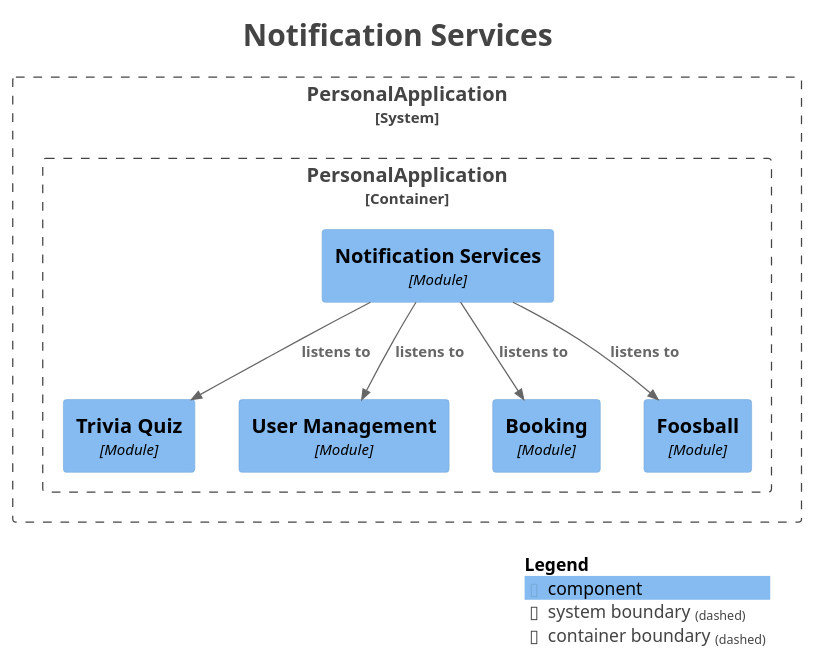
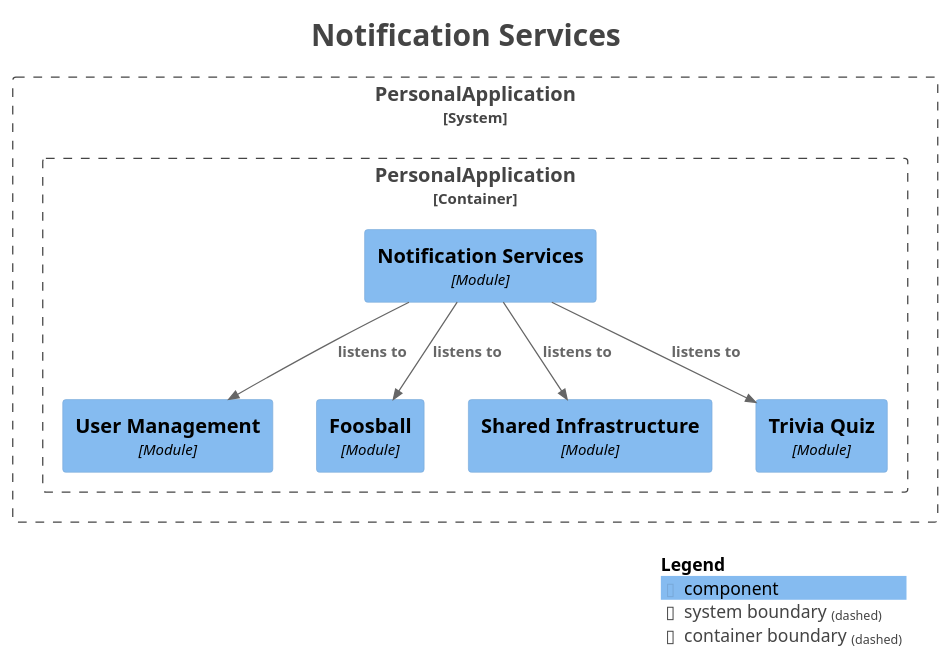
The diagram in docs/modulith/module-notification.puml (SnapPetal/PersonalWeb), drawn with PlantUML before and after one commit. The commit also changed 10 other files, not shown here.

First line of the commit message:
fix: move events to shared and eliminate cross-module dependencies

```diff
--- a/docs/modulith/module-notification.puml
+++ b/docs/modulith/module-notification.puml
@@ -1,36 +1,36 @@
 @startuml
 title <size:24>Notification Services</size>
 
 set separator none
 top to bottom direction
 
 <style>
   root {
     BackgroundColor: #ffffff
     FontColor: #444444
   }
 </style>
 
 !include <C4/C4>
 !include <C4/C4_Context>
 !include <C4/C4_Component>
 
 System_Boundary("PersonalApplication_boundary", "PersonalApplication", $tags="") {
   Container_Boundary("PersonalApplication.PersonalApplication_boundary", "PersonalApplication", $tags="") {
-    Component(PersonalApplication.PersonalApplication.TriviaQuiz, "Trivia Quiz", $techn="Module", $descr="", $tags="", $link="")
     Component(PersonalApplication.PersonalApplication.UserManagement, "User Management", $techn="Module", $descr="", $tags="", $link="")
     Component(PersonalApplication.PersonalApplication.NotificationServices, "Notification Services", $techn="Module", $descr="", $tags="", $link="")
-    Component(PersonalApplication.PersonalApplication.Booking, "Booking", $techn="Module", $descr="", $tags="", $link="")
     Component(PersonalApplication.PersonalApplication.Foosball, "Foosball", $techn="Module", $descr="", $tags="", $link="")
+    Component(PersonalApplication.PersonalApplication.SharedInfrastructure, "Shared Infrastructure", $techn="Module", $descr="", $tags="", $link="")
+    Component(PersonalApplication.PersonalApplication.TriviaQuiz, "Trivia Quiz", $techn="Module", $descr="", $tags="", $link="")
   }
 
 }
 
-Rel(PersonalApplication.PersonalApplication.NotificationServices, PersonalApplication.PersonalApplication.Foosball, "listens to", $techn="", $tags="", $link="")
 Rel(PersonalApplication.PersonalApplication.NotificationServices, PersonalApplication.PersonalApplication.UserManagement, "listens to", $techn="", $tags="", $link="")
 Rel(PersonalApplication.PersonalApplication.NotificationServices, PersonalApplication.PersonalApplication.TriviaQuiz, "listens to", $techn="", $tags="", $link="")
-Rel(PersonalApplication.PersonalApplication.NotificationServices, PersonalApplication.PersonalApplication.Booking, "listens to", $techn="", $tags="", $link="")
+Rel(PersonalApplication.PersonalApplication.NotificationServices, PersonalApplication.PersonalApplication.Foosball, "listens to", $techn="", $tags="", $link="")
+Rel(PersonalApplication.PersonalApplication.NotificationServices, PersonalApplication.PersonalApplication.SharedInfrastructure, "listens to", $techn="", $tags="", $link="")
 
 SHOW_LEGEND(true)
 hide stereotypes
 @enduml
```
